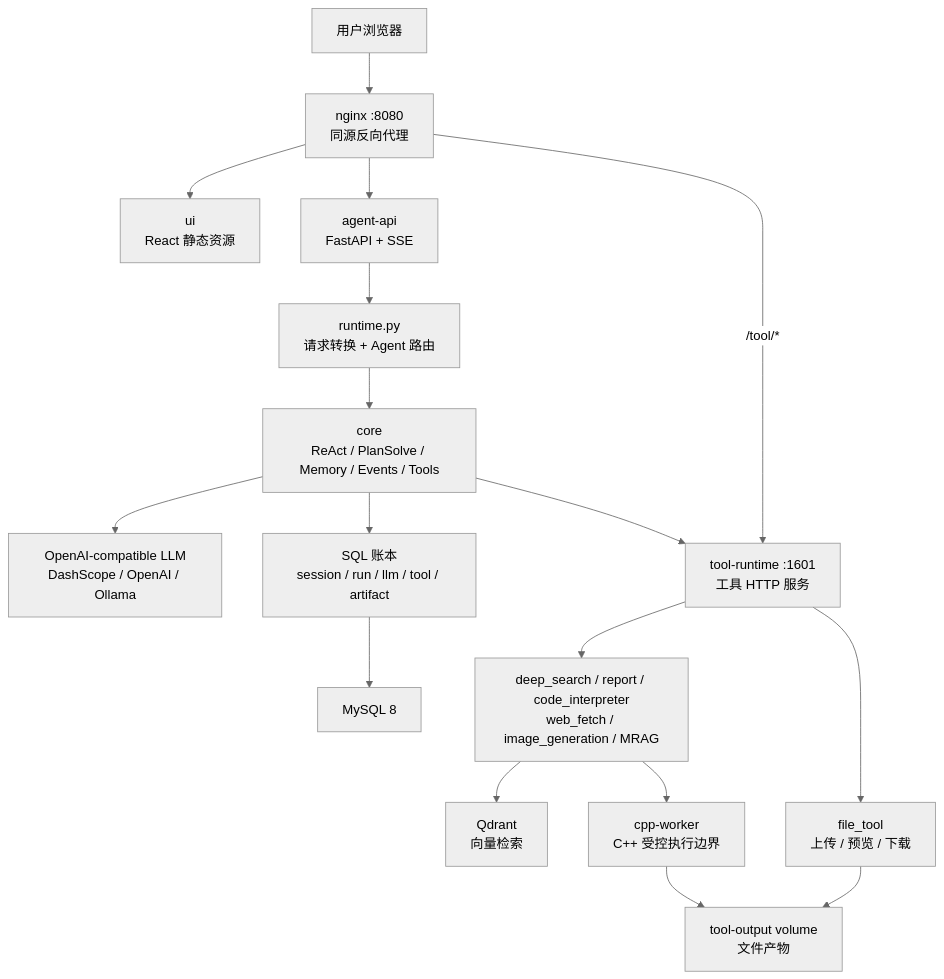
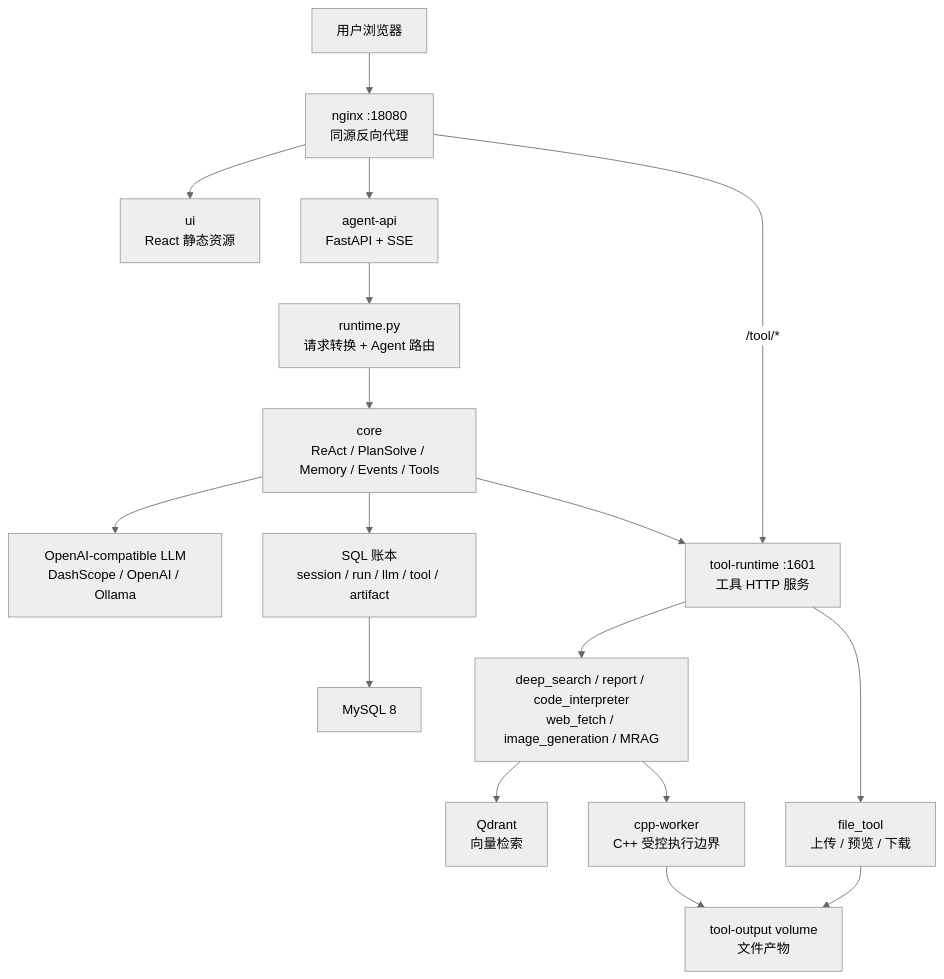
Before and after one commit to MiRuiZhi/MRZ-s-ai-agent: the first of 3 diagrams in README.md, drawn with Mermaid (neutral theme). The commit also changed other lines of this file and 6 other files, not shown here.

````diff
--- a/README.md
+++ b/README.md
@@ -48,22 +48,22 @@
 ```mermaid
 flowchart TB
-    User["用户浏览器"] --> Nginx["nginx :8080\n同源反向代理"]
+    User["用户浏览器"] --> Nginx["nginx :18080\n同源反向代理"]
 
     Nginx --> UI["ui\nReact 静态资源"]
     Nginx --> API["agent-api\nFastAPI + SSE"]
     Nginx -->|"/tool/*"| ToolRuntime["tool-runtime :1601\n工具 HTTP 服务"]
 
     API --> Runtime["runtime.py\n请求转换 + Agent 路由"]
     Runtime --> Core["core\nReAct / PlanSolve / Memory / Events / Tools"]
     Core --> LLM["OpenAI-compatible LLM\nDashScope / OpenAI / Ollama"]
     Core --> Ledger["SQL 账本\nsession / run / llm / tool / artifact"]
     Ledger --> MySQL["MySQL 8"]
 
     Core --> ToolRuntime
     ToolRuntime --> Tools["deep_search / report / code_interpreter\nweb_fetch / image_generation / MRAG"]
     ToolRuntime --> FileService["file_tool\n上传 / 预览 / 下载"]
     Tools --> Qdrant["Qdrant\n向量检索"]
     Tools --> Cpp["cpp-worker\nC++ 受控执行边界"]
     Cpp --> ToolVolume["tool-output volume\n文件产物"]
     FileService --> ToolVolume
 ```
````
